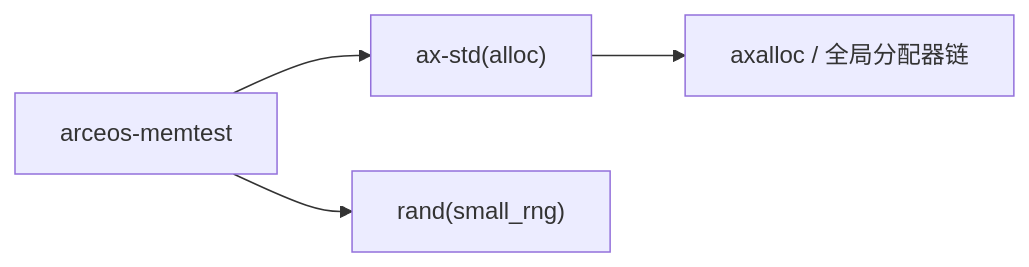
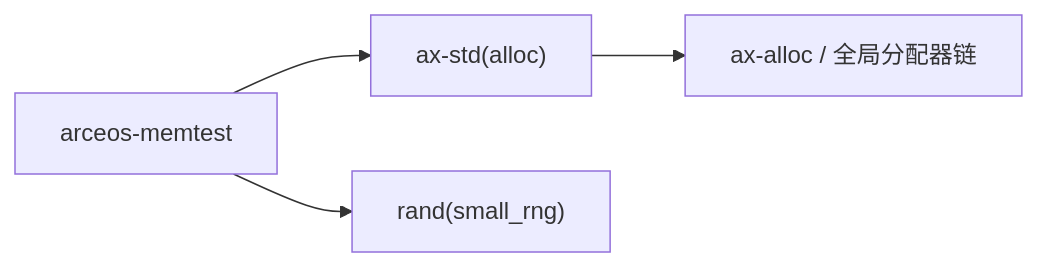
Before and after one commit to zKurisu/tgoskits: the second of 2 diagrams in docs/crates/arceos-memtest.md, drawn with Mermaid. The commit also changed other lines of this file and 75 other files, not shown here.

Commit message:
rename axalloc to ax-alloc

````diff
--- a/docs/crates/arceos-memtest.md
+++ b/docs/crates/arceos-memtest.md
@@ -80,6 +80,6 @@
 ```mermaid
 graph LR
     test["arceos-memtest"] --> ax-std["ax-std(alloc)"]
     test --> rand["rand(small_rng)"]
-    ax-std --> axalloc["axalloc / 全局分配器链"]
+    ax-std --> ax-alloc["ax-alloc / 全局分配器链"]
 ```
````
